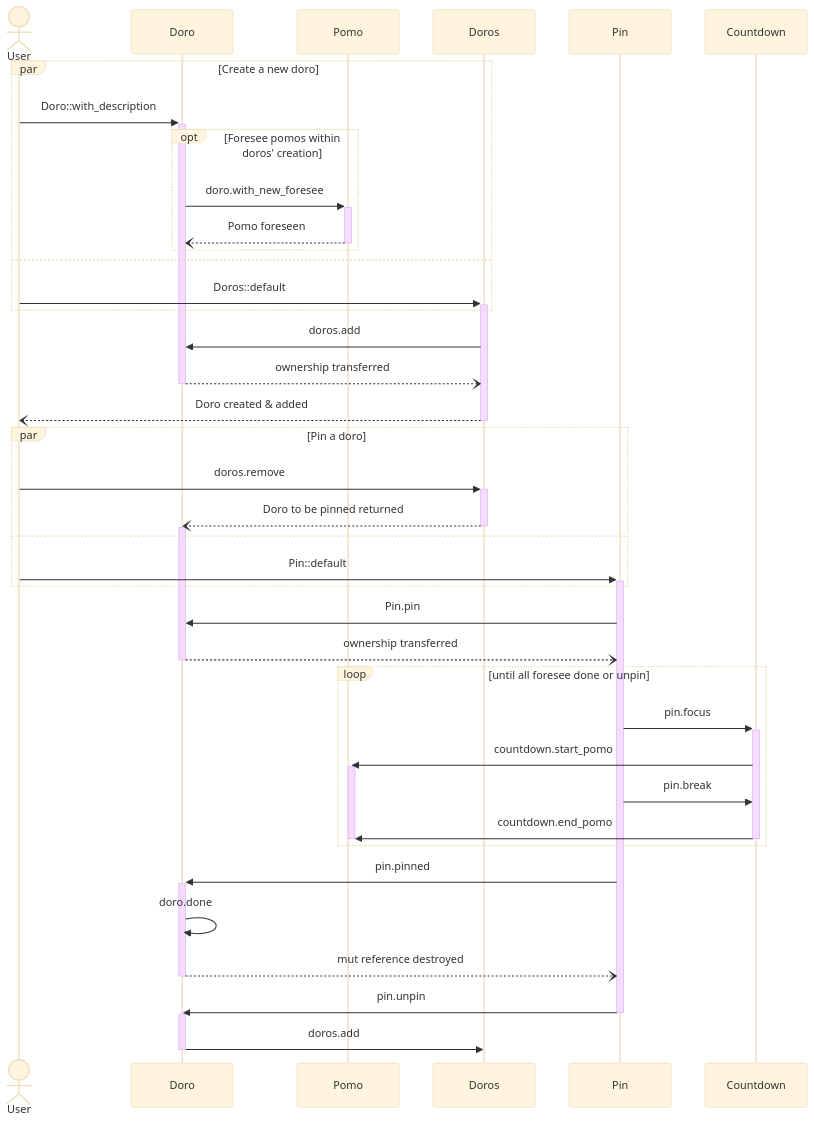
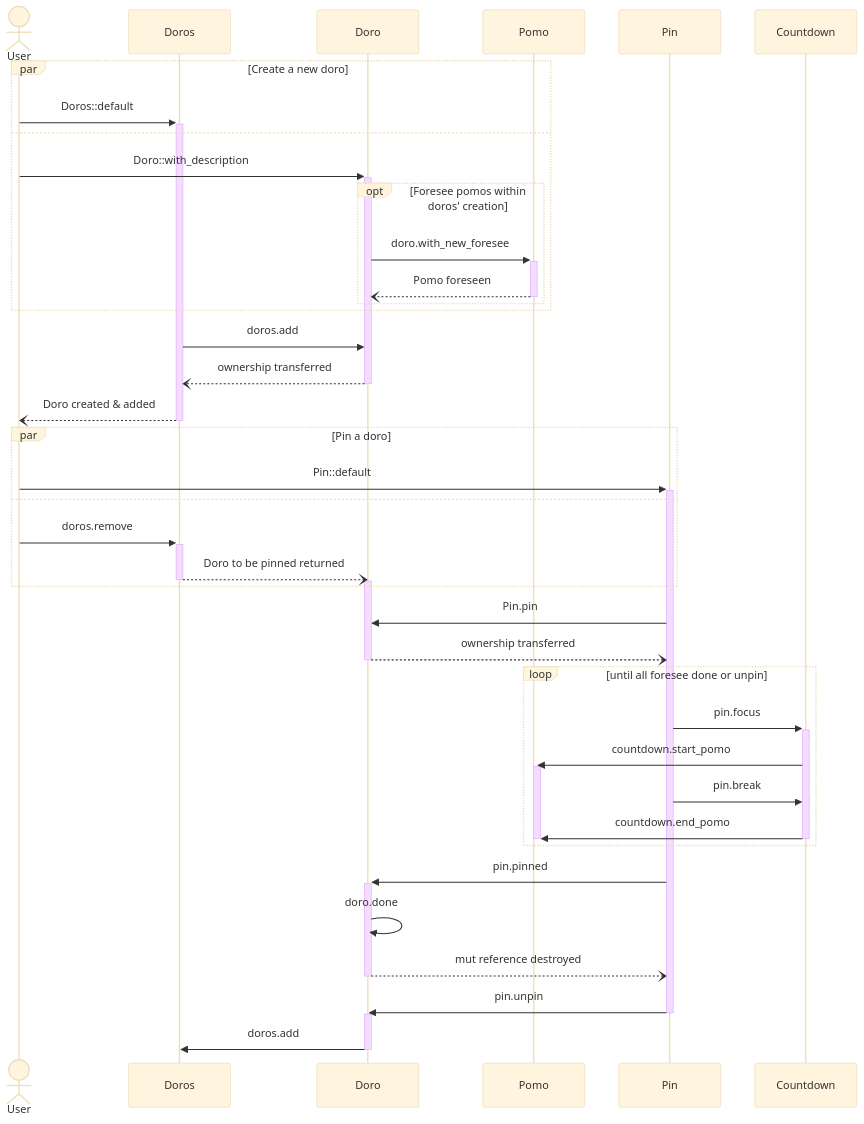
One commit to huangjj27/huangjj27.github.io changed the fourth of 4 diagrams in src/pomo_doro/pomo.md. Above: the diagram before and after it, drawn with Mermaid (base theme). The commit also changed other lines of this file, not shown here.

````diff
--- a/src/pomo_doro/pomo.md
+++ b/src/pomo_doro/pomo.md
@@ -125,42 +125,42 @@
 ```mermaid
 sequenceDiagram
     actor User
     par Create a new doro
+        User ->>+ Doros: Doros::default
+    and
         User ->>+ Doro: Doro::with_description
         Opt Foresee pomos within doros' creation
             Doro ->>+ Pomo: doro.with_new_foresee
             Pomo --)- Doro: Pomo foreseen
         end
-    and
-        User ->>+ Doros: Doros::default
     end
         Doros ->> Doro: doros.add
         Doro --)- Doros: ownership transferred
         Doros --)- User: Doro created & added
 
     par Pin a doro
+        User ->>+ Pin: Pin::default
+    and
         User ->>+ Doros: doros.remove
         Doros --)- Doro: Doro to be pinned returned
         activate Doro
-    and
-        User ->>+ Pin: Pin::default
     end
 
     Pin ->> Doro: Pin.pin
     Doro --)- Pin: ownership transferred
 
     loop until all foresee done or unpin
         Pin ->>+ Countdown: pin.focus
         Countdown ->>+ Pomo: countdown.start_pomo
         activate Pomo
         Pin ->> Countdown: pin.break
         Countdown ->>- Pomo: countdown.end_pomo
         deactivate Pomo
     end
     Pin ->>+ Doro: pin.pinned
     Doro ->> Doro: doro.done
     Doro --)- Pin: mut reference destroyed
     Pin ->>- Doro: pin.unpin
     activate Doro
     Doro ->>- Doros: doros.add
 ```
````
